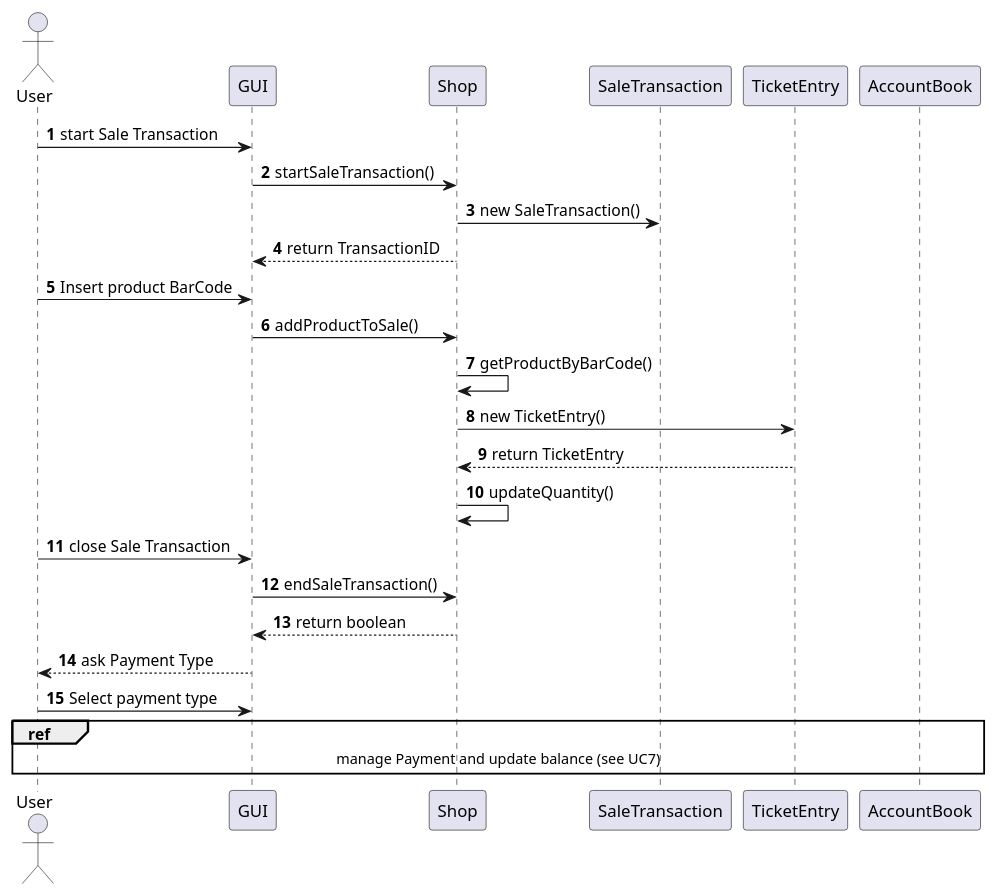
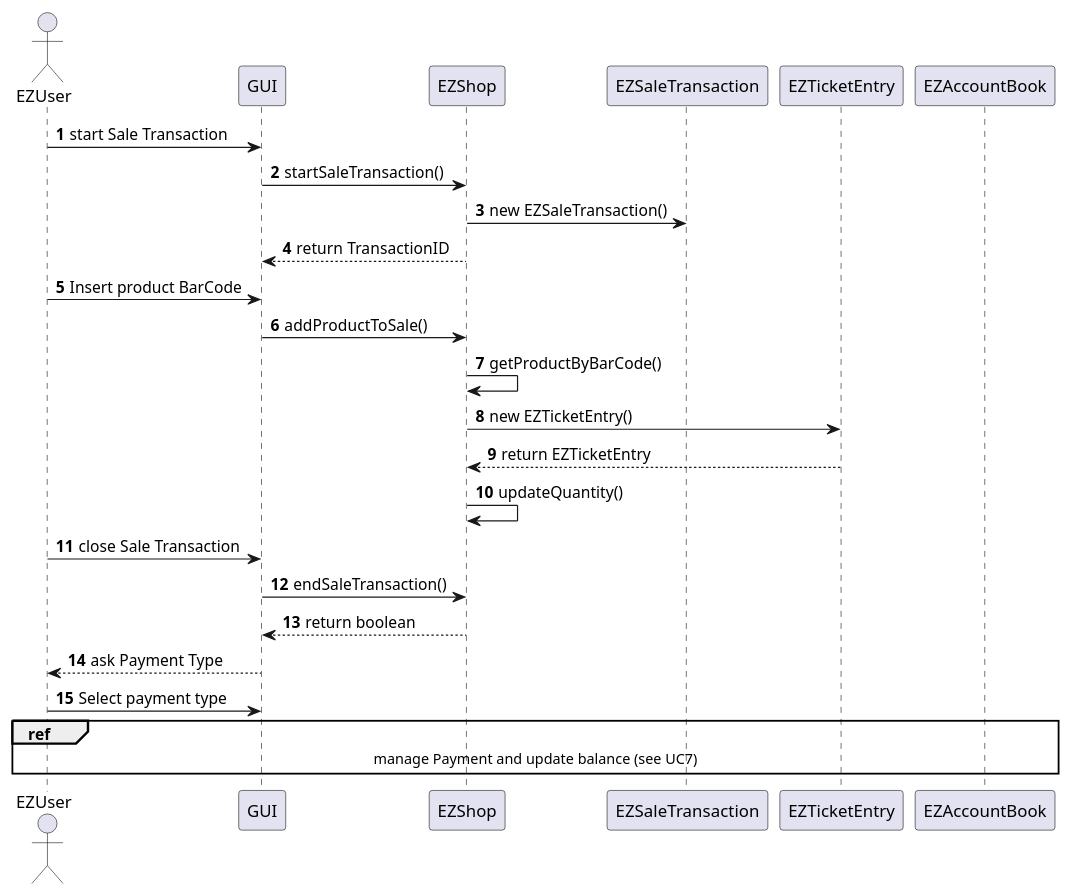
Diagram 17 of 24 in Deliverables/DesignDocument.md (Stormz4/group20-EzShop), drawn with PlantUML before and after one commit. The commit also changed other lines of this file and 3 other files, not shown here.

````diff
--- a/Deliverables/DesignDocument.md
+++ b/Deliverables/DesignDocument.md
@@ -629,24 +626,24 @@
 ```plantuml
 @startuml
-Actor User
+Actor EZUser
 autonumber
-User -> GUI: start Sale Transaction
-GUI -> Shop: startSaleTransaction()
-Shop -> SaleTransaction: new SaleTransaction()
-Shop --> GUI: return TransactionID
-User -> GUI: Insert product BarCode
-GUI -> Shop: addProductToSale()
-Shop -> Shop: getProductByBarCode()
-Shop -> TicketEntry: new TicketEntry()
-TicketEntry --> Shop: return TicketEntry
-Shop -> Shop : updateQuantity()
-User -> GUI: close Sale Transaction
-GUI -> Shop: endSaleTransaction()
-Shop --> GUI: return boolean
-GUI --> User: ask Payment Type
-User -> GUI: Select payment type
-ref over GUI, User, Shop, AccountBook
+EZUser -> GUI: start Sale Transaction
+GUI -> EZShop: startSaleTransaction()
+EZShop -> EZSaleTransaction: new EZSaleTransaction()
+EZShop --> GUI: return TransactionID
+EZUser -> GUI: Insert product BarCode
+GUI -> EZShop: addProductToSale()
+EZShop -> EZShop: getProductByBarCode()
+EZShop -> EZTicketEntry: new EZTicketEntry()
+EZTicketEntry --> EZShop: return EZTicketEntry
+EZShop -> EZShop : updateQuantity()
+EZUser -> GUI: close Sale Transaction
+GUI -> EZShop: endSaleTransaction()
+EZShop --> GUI: return boolean
+GUI --> EZUser: ask Payment Type
+EZUser -> GUI: Select payment type
+ref over GUI, EZUser, EZShop, EZAccountBook
  manage Payment and update balance (see UC7)
 end ref
 @enduml
 ```
````
